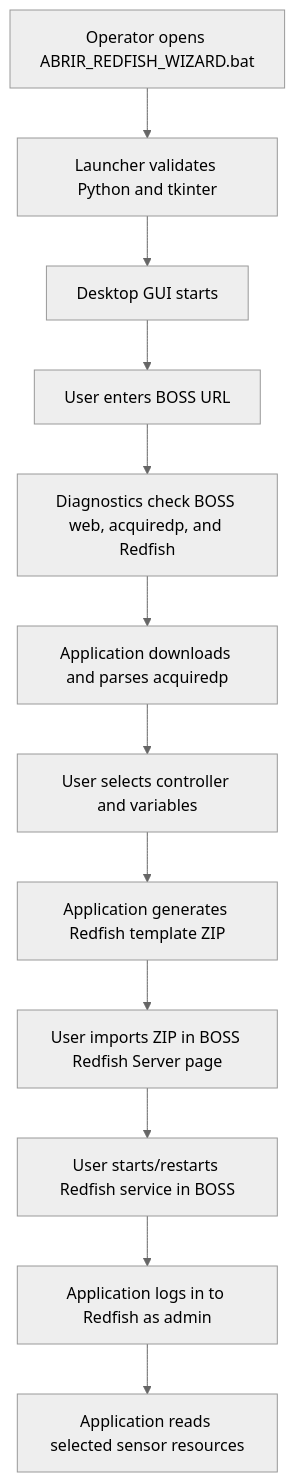
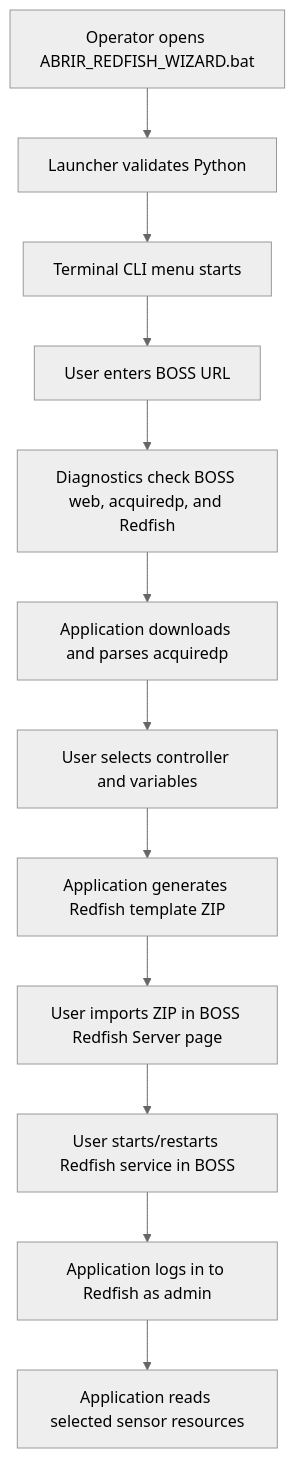
One commit to ElieltonPolityto/Boss_redfish_application changed the first of 4 diagrams in README.md. Above: the diagram before and after it, drawn with Mermaid (neutral theme). The commit also changed other lines of this file and 1 other file, not shown here.

Commit message:
restore cli launcher flow

````diff
--- a/README.md
+++ b/README.md
@@ -92,14 +92,14 @@
 ```mermaid
 flowchart TD
-    A["Operator opens ABRIR_REDFISH_WIZARD.bat"] --> B["Launcher validates Python and tkinter"]
-    B --> C["Desktop GUI starts"]
+    A["Operator opens ABRIR_REDFISH_WIZARD.bat"] --> B["Launcher validates Python"]
+    B --> C["Terminal CLI menu starts"]
     C --> D["User enters BOSS URL"]
     D --> E["Diagnostics check BOSS web, acquiredp, and Redfish"]
     E --> F["Application downloads and parses acquiredp"]
     F --> G["User selects controller and variables"]
     G --> H["Application generates Redfish template ZIP"]
     H --> I["User imports ZIP in BOSS Redfish Server page"]
     I --> J["User starts/restarts Redfish service in BOSS"]
     J --> K["Application logs in to Redfish as admin"]
     K --> L["Application reads selected sensor resources"]
 ```
````
